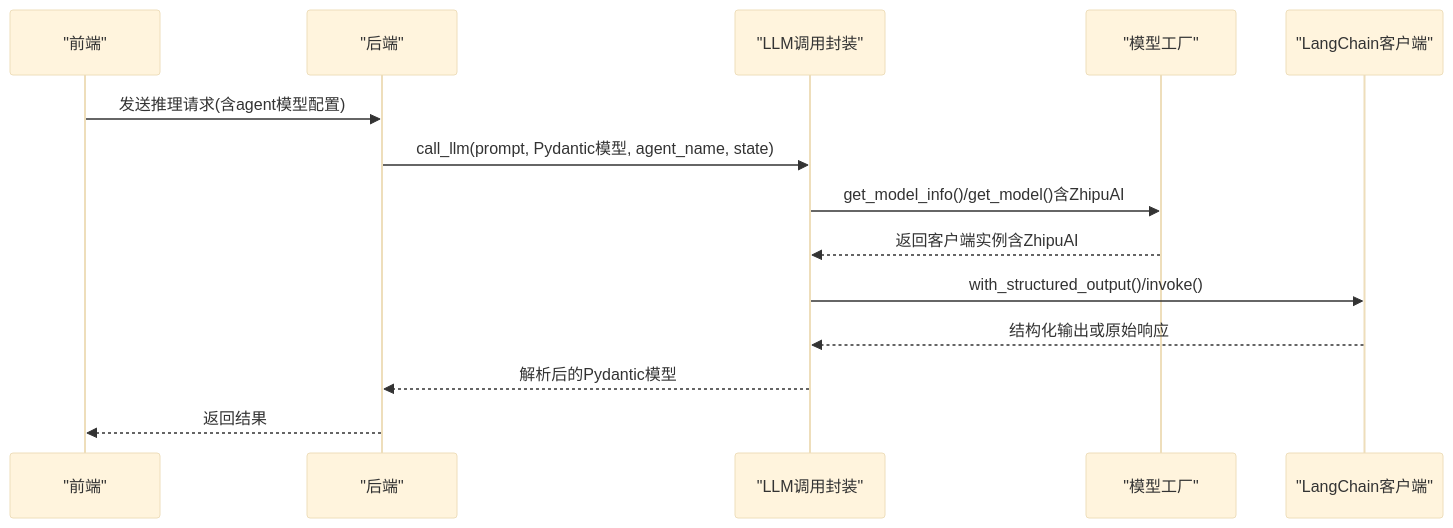
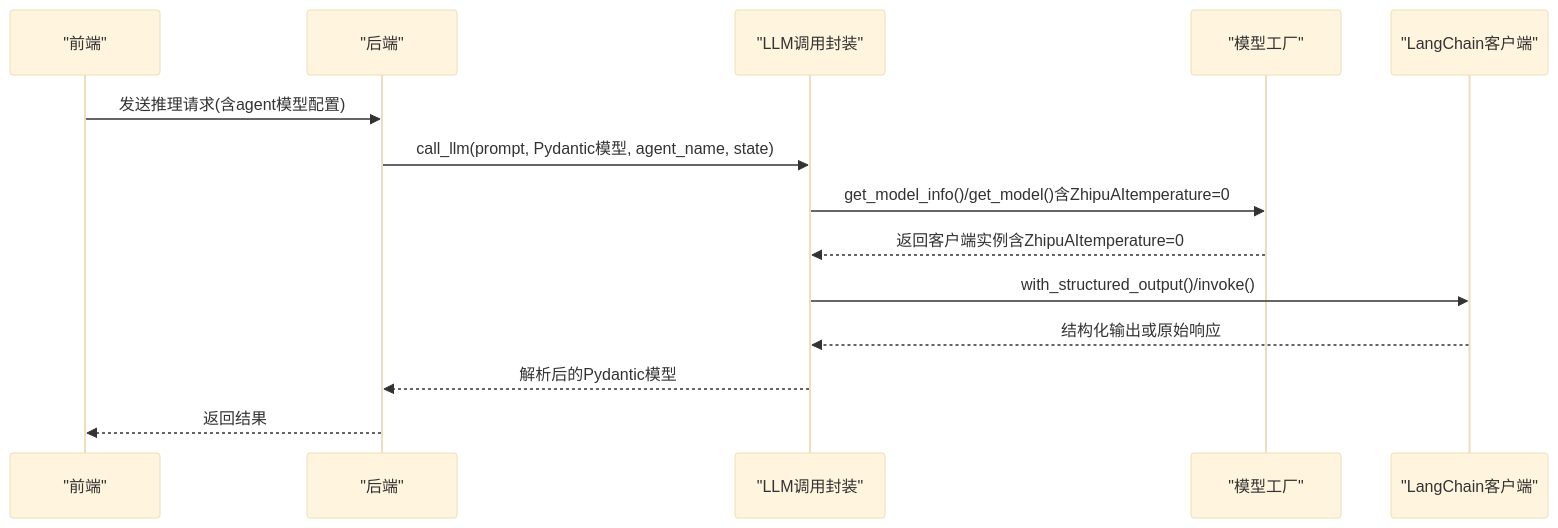
The sixth of 8 diagrams in .qoder/repowiki/zh/content/AI_ML集成/LLM服务集成.md (lichen14-hash/ai-hedge-fund), drawn with Mermaid (base theme) before and after one commit. The commit also changed other lines of this file and 24 other files, not shown here.

````diff
--- a/.qoder/repowiki/zh/content/AI_ML集成/LLM服务集成.md
+++ b/.qoder/repowiki/zh/content/AI_ML集成/LLM服务集成.md
@@ -285,16 +288,16 @@
 ```mermaid
 sequenceDiagram
 participant FE as "前端"
 participant API as "后端"
 participant U as "LLM调用封装"
 participant F as "模型工厂"
 participant C as "LangChain客户端"
 FE->>API : 发送推理请求(含agent模型配置)
 API->>U : call_llm(prompt, Pydantic模型, agent_name, state)
-U->>F : get_model_info()/get_model()含ZhipuAI
-F-->>U : 返回客户端实例含ZhipuAI
+U->>F : get_model_info()/get_model()含ZhipuAItemperature=0
+F-->>U : 返回客户端实例含ZhipuAItemperature=0
 U->>C : with_structured_output()/invoke()
 C-->>U : 结构化输出或原始响应
 U-->>API : 解析后的Pydantic模型
 API-->>FE : 返回结果
 ```
````
